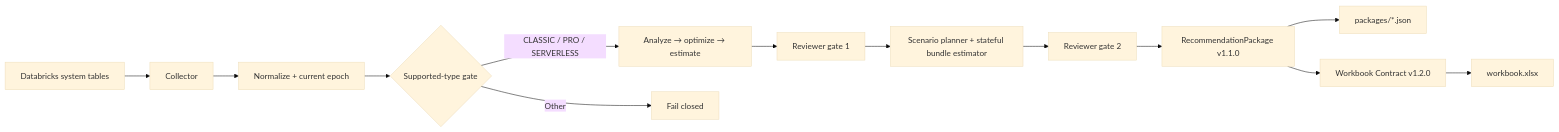
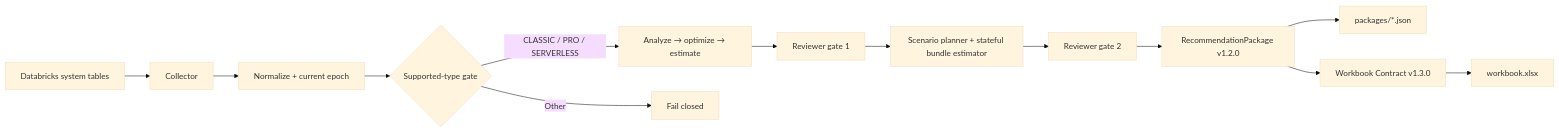
Before and after one commit to thiaga-gk/expert-funicular: the diagram in README.md, drawn with Mermaid (base theme). The commit also changed other lines of this file and 50 other files, not shown here.

````diff
--- a/README.md
+++ b/README.md
@@ -7,15 +7,15 @@
 ```mermaid
 flowchart LR
     ST[Databricks system tables] --> C[Collector]
     C --> N[Normalize + current epoch]
     N --> G{Supported-type gate}
     G -->|CLASSIC / PRO / SERVERLESS| A[Analyze → optimize → estimate]
     G -->|Other| X[Fail closed]
     A --> R1[Reviewer gate 1]
     R1 --> S[Scenario planner + stateful bundle estimator]
     S --> R2[Reviewer gate 2]
-    R2 --> P[RecommendationPackage v1.1.0]
+    R2 --> P[RecommendationPackage v1.2.0]
     P --> J[packages/*.json]
-    P --> W[Workbook Contract v1.2.0]
+    P --> W[Workbook Contract v1.3.0]
     W --> X1[workbook.xlsx]
 ```
````
